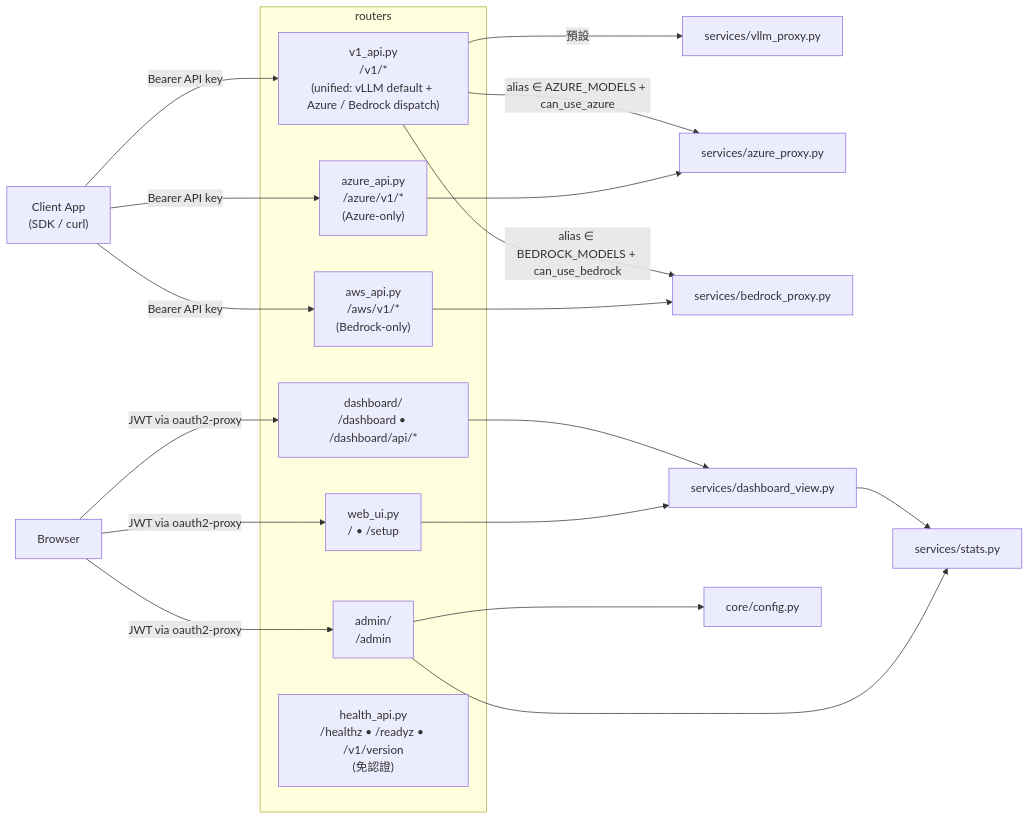
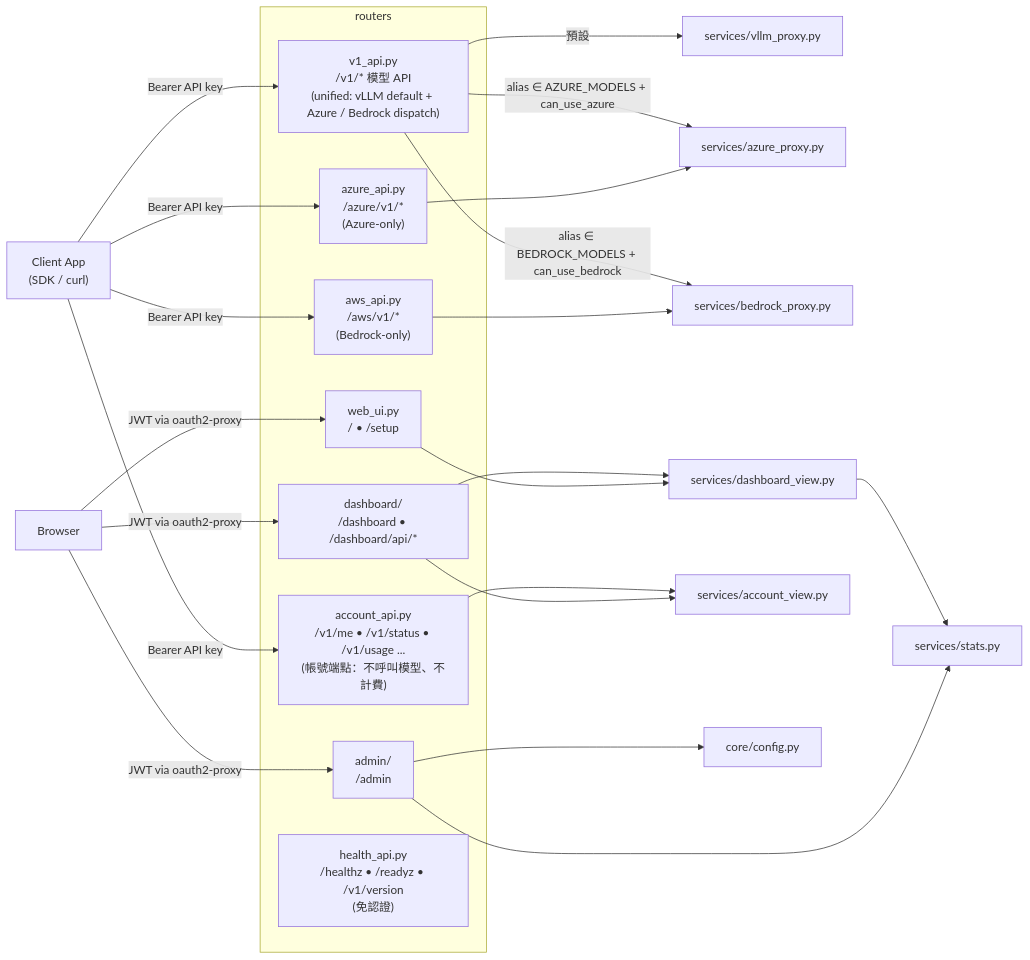
Before and after one commit to bwinken/llm-gateway: the first of 2 diagrams in app/routers/README.zh-TW.md, drawn with Mermaid. The commit also changed other lines of this file and 14 other files, not shown here.

First line of the commit message:
Split /v1 into two routers: the model API and the account endpoints

````diff
--- a/app/routers/README.zh-TW.md
+++ b/app/routers/README.zh-TW.md
@@ -9,30 +9,34 @@
 ```mermaid
 graph LR
     Client["Client App<br/>(SDK / curl)"] -->|Bearer API key| v1_api
+    Client -->|Bearer API key| account_api
     Client -->|Bearer API key| azure_api
     Client -->|Bearer API key| aws_api
     Browser["Browser"] -->|JWT via oauth2-proxy| web_ui
     Browser -->|JWT via oauth2-proxy| dashboard
     Browser -->|JWT via oauth2-proxy| admin
 
     subgraph routers
-        v1_api["v1_api.py<br/>/v1/*<br/>(unified: vLLM default + Azure / Bedrock dispatch)"]
+        v1_api["v1_api.py<br/>/v1/* 模型 API<br/>(unified: vLLM default + Azure / Bedrock dispatch)"]
+        account_api["account_api.py<br/>/v1/me • /v1/status • /v1/usage ...<br/>(帳號端點：不呼叫模型、不計費)"]
         azure_api["azure_api.py<br/>/azure/v1/*<br/>(Azure-only)"]
         aws_api["aws_api.py<br/>/aws/v1/*<br/>(Bedrock-only)"]
         web_ui["web_ui.py<br/>/ • /setup"]
         dashboard["dashboard/<br/>/dashboard • /dashboard/api/*"]
         health_api["health_api.py<br/>/healthz • /readyz • /v1/version<br/>(免認證)"]
         admin["admin/<br/>/admin"]
     end
 
     v1_api -->|預設| vllm_proxy["services/vllm_proxy.py"]
     v1_api -->|alias ∈ AZURE_MODELS + can_use_azure| azure_proxy["services/azure_proxy.py"]
     v1_api -->|alias ∈ BEDROCK_MODELS + can_use_bedrock| bedrock_proxy["services/bedrock_proxy.py"]
     azure_api --> azure_proxy
     aws_api --> bedrock_proxy
     dashboard --> dashboard_view["services/dashboard_view.py"]
+    account_api --> account_view["services/account_view.py"]
+    dashboard --> account_view
     web_ui --> dashboard_view
     dashboard_view --> stats["services/stats.py"]
     admin --> stats
     admin --> config["core/config.py"]
 ```
````
